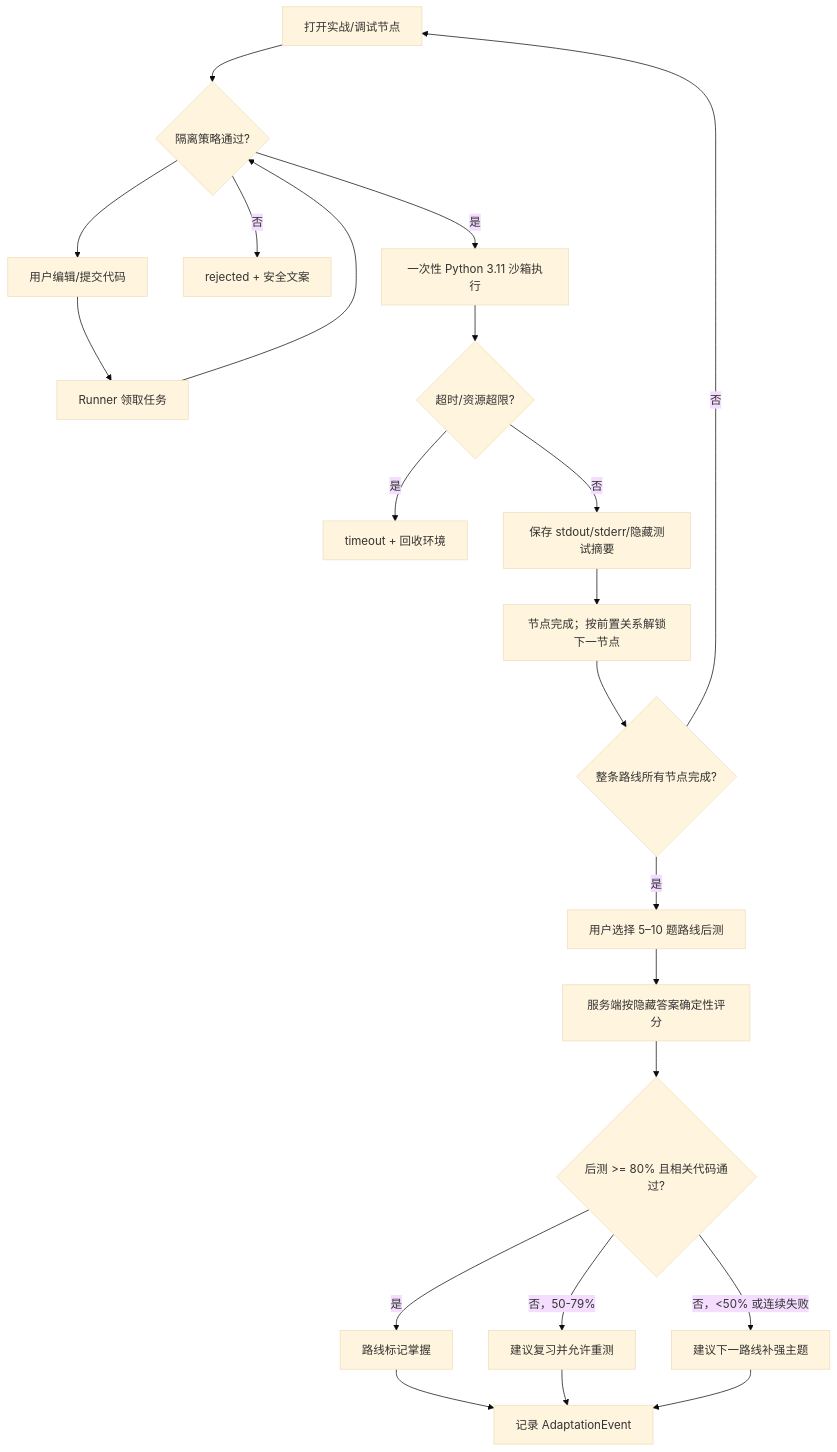
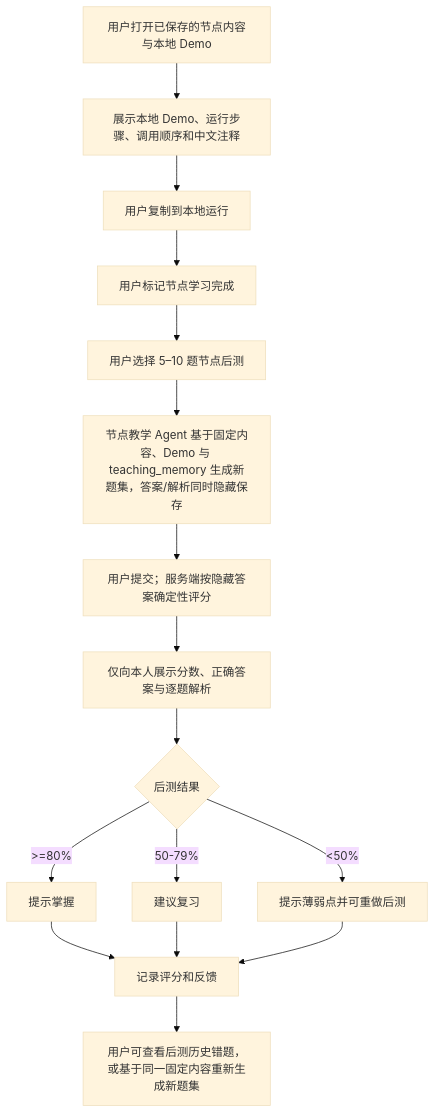
One commit to litieshan2331/LearnCraft changed the fourth of 5 diagrams in docs/04-MVP-P0实施需求与开发指南.md. Above: the diagram before and after it, drawn with Mermaid (base theme). The commit also changed other lines of this file and 71 other files, not shown here.

````diff
--- a/docs/04-MVP-P0实施需求与开发指南.md
+++ b/docs/04-MVP-P0实施需求与开发指南.md
@@ -1306,24 +1337,18 @@
 ```mermaid
 flowchart TD
-    A[打开实战/调试节点] --> D[展示已验证 AI Demo、调用顺序和注释结果]
-    D --> B[用户编辑/提交代码]
-    B --> C[Runner 领取任务]
-    C --> D{隔离策略通过?}
-    D -->|否| E[rejected + 安全文案]
-    D -->|是| F[一次性 Python 3.11 沙箱执行]
-    F --> G{超时/资源超限?}
-    G -->|是| H[timeout + 回收环境]
-    G -->|否| I[保存 stdout/stderr/隐藏测试摘要]
-    I --> J[节点完成；按前置关系解锁下一节点]
-    J --> K{整条路线所有节点完成?}
-    K -->|否| A
-    K -->|是| L[用户选择 5–10 题路线后测]
-    L --> M[服务端按隐藏答案确定性评分]
-    M --> N{后测 >= 80% 且相关代码通过?}
-    N -->|是| O[路线标记掌握]
-    N -->|否，50-79%| P[建议复习并允许重测]
-    N -->|否，<50% 或连续失败| Q[建议下一路线补强主题]
-    O --> R[记录 AdaptationEvent]
+    A[用户打开已保存的节点内容与本地 Demo] --> D[展示本地 Demo、运行步骤、调用顺序和中文注释]
+    D --> B[用户复制到本地运行]
+    B --> C[用户标记节点学习完成]
+    C --> L[用户选择 5–10 题节点后测]
+    L --> G[节点教学 Agent 基于固定内容、Demo 与 teaching_memory 生成新题集，答案/解析同时隐藏保存]
+    G --> M[用户提交；服务端按隐藏答案确定性评分]
+    M --> X[仅向本人展示分数、正确答案与逐题解析]
+    X --> N{后测结果}
+    N -->|>=80%| O[提示掌握]
+    N -->|50-79%| P[建议复习]
+    N -->|<50%| Q[提示薄弱点并可重做后测]
+    O --> R[记录评分和反馈]
     P --> R
     Q --> R
+    R --> S[用户可查看后测历史错题，或基于同一固定内容重新生成新题集]
 ```
````
